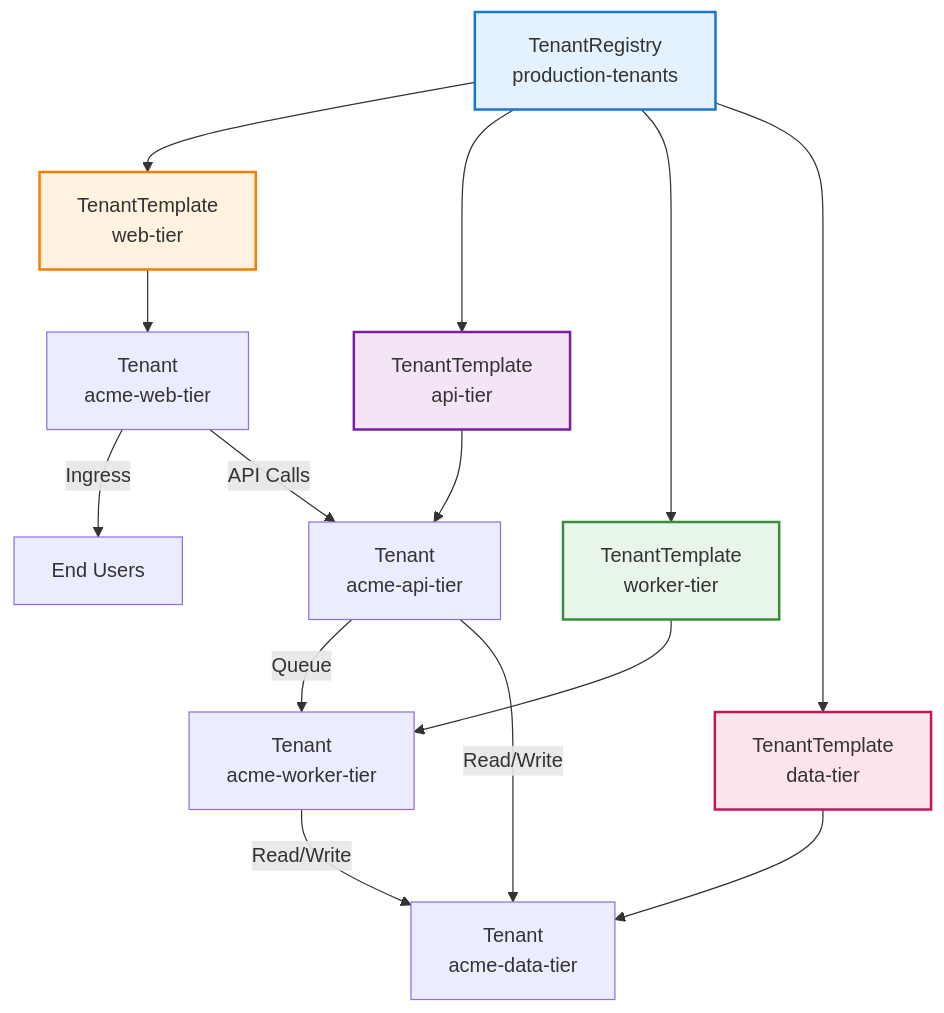
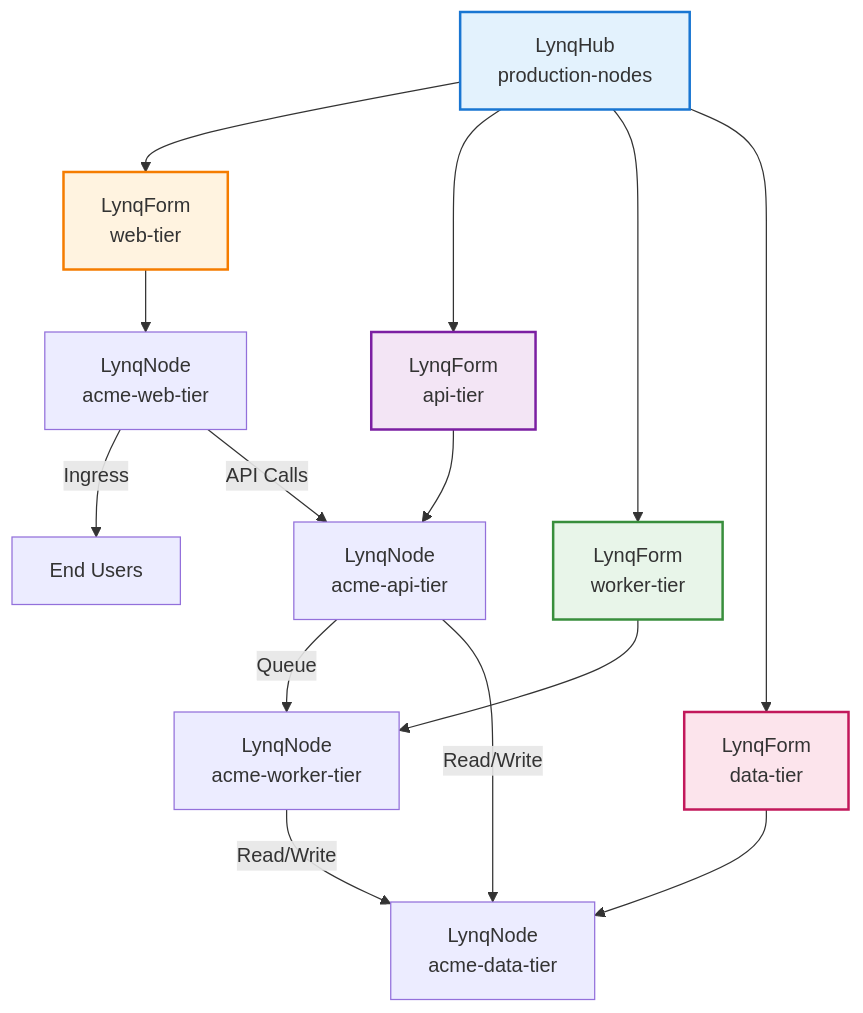
The diagram in docs/use-case-multi-tier.md (kubernetes-tenants/tenant-operator), drawn with Mermaid before and after one commit. The commit also changed other lines of this file and 203 other files, not shown here.

First line of the commit message:
refactor: Complete rename from tenant-operator to lynq

````diff
--- a/docs/use-case-multi-tier.md
+++ b/docs/use-case-multi-tier.md
@@ -9,36 +13,36 @@
 ```mermaid
 graph TB
-    Registry["TenantRegistry<br/>production-tenants"]
+    Registry["LynqHub<br/>production-nodes"]
 
-    WebTemplate["TenantTemplate<br/>web-tier"]
-    ApiTemplate["TenantTemplate<br/>api-tier"]
-    WorkerTemplate["TenantTemplate<br/>worker-tier"]
-    DataTemplate["TenantTemplate<br/>data-tier"]
+    WebTemplate["LynqForm<br/>web-tier"]
+    ApiTemplate["LynqForm<br/>api-tier"]
+    WorkerTemplate["LynqForm<br/>worker-tier"]
+    DataTemplate["LynqForm<br/>data-tier"]
 
-    WebTenant["Tenant<br/>acme-web-tier"]
-    ApiTenant["Tenant<br/>acme-api-tier"]
-    WorkerTenant["Tenant<br/>acme-worker-tier"]
-    DataTenant["Tenant<br/>acme-data-tier"]
+    WebTenant["LynqNode<br/>acme-web-tier"]
+    ApiTenant["LynqNode<br/>acme-api-tier"]
+    WorkerTenant["LynqNode<br/>acme-worker-tier"]
+    DataTenant["LynqNode<br/>acme-data-tier"]
 
     Registry --> WebTemplate
     Registry --> ApiTemplate
     Registry --> WorkerTemplate
     Registry --> DataTemplate
 
     WebTemplate --> WebTenant
     ApiTemplate --> ApiTenant
     WorkerTemplate --> WorkerTenant
     DataTemplate --> DataTenant
 
     WebTenant -->|Ingress| Users[End Users]
     WebTenant -->|API Calls| ApiTenant
     ApiTenant -->|Queue| WorkerTenant
     ApiTenant -->|Read/Write| DataTenant
     WorkerTenant -->|Read/Write| DataTenant
 
     style Registry fill:#e3f2fd,stroke:#1976d2,stroke-width:2px
     style WebTemplate fill:#fff3e0,stroke:#f57c00,stroke-width:2px
     style ApiTemplate fill:#f3e5f5,stroke:#7b1fa2,stroke-width:2px
     style WorkerTemplate fill:#e8f5e9,stroke:#388e3c,stroke-width:2px
     style DataTemplate fill:#fce4ec,stroke:#c2185b,stroke-width:2px
 ```
````
